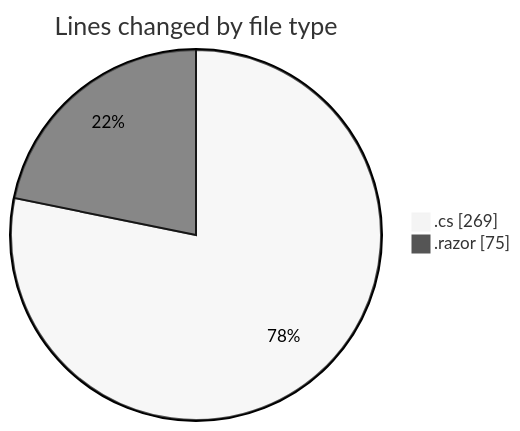
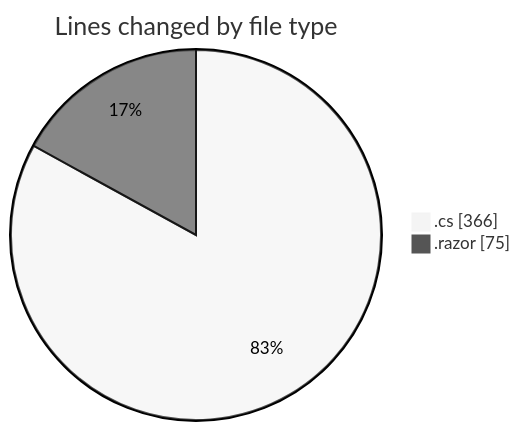
The first of 2 diagrams in 2025-03-30/front-end/README.md (Netris89/code-tracking), drawn with Mermaid (neutral theme) before and after one commit. The commit also changed other lines of this file and 1 other file, not shown here.

````diff
--- a/2025-03-30/front-end/README.md
+++ b/2025-03-30/front-end/README.md
@@ -24,6 +25,6 @@
 ```mermaid
 pie showData
 title Lines changed by file type
-".cs" : 269
+".cs" : 366
 ".razor" : 75
 ```
````
